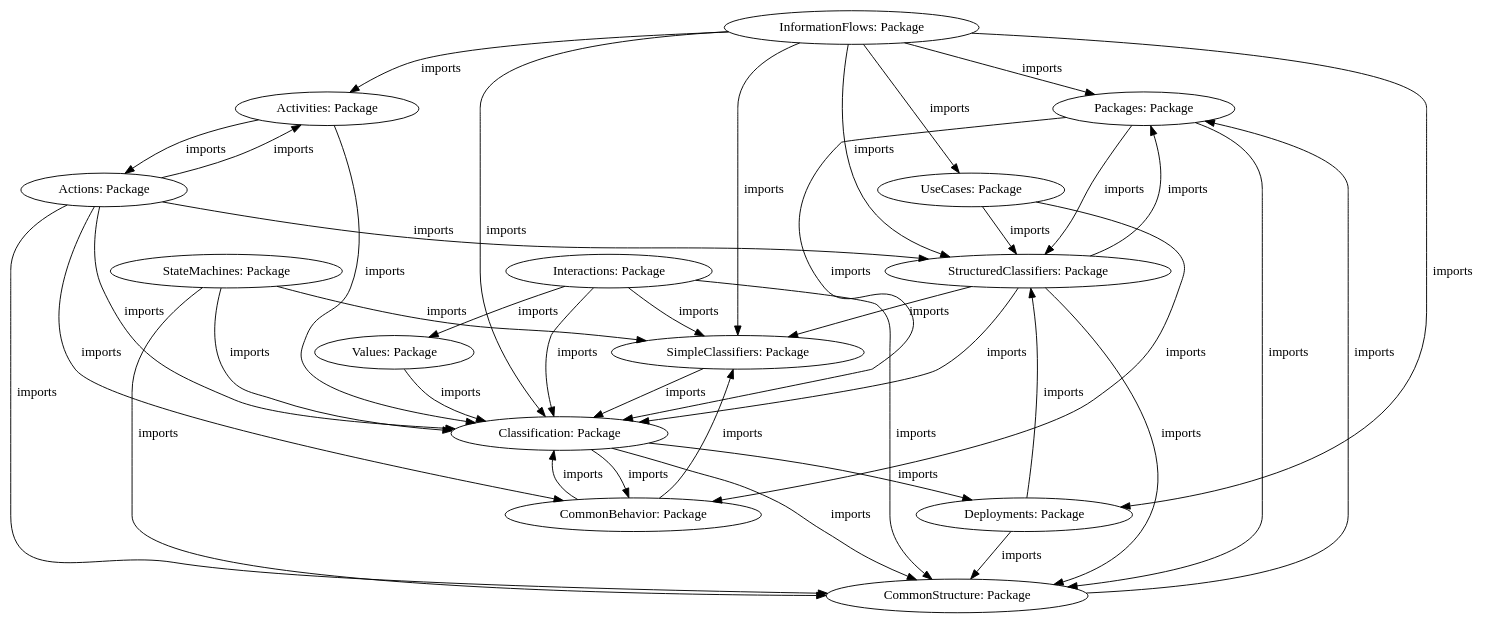
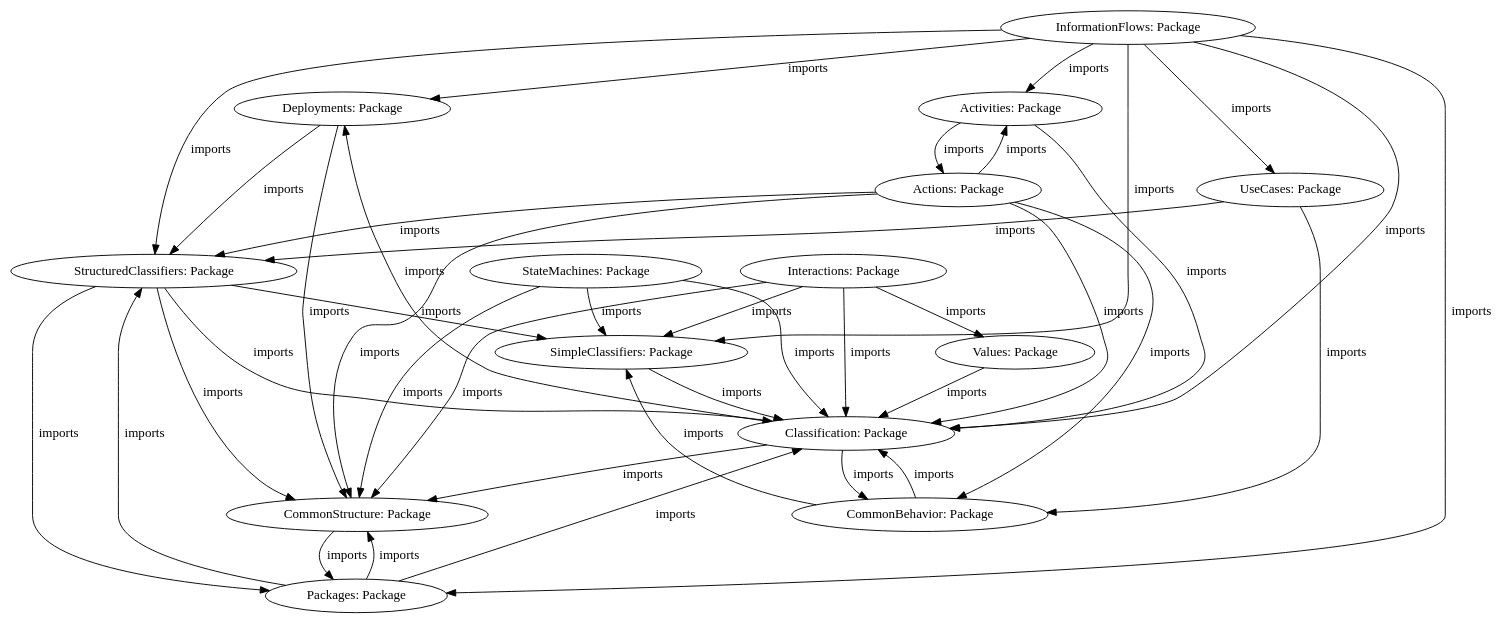
The diagram in research/org.sidiff.uml2.classification/slices/UML.dot (manuelohrndorf/sidiff-lifting), drawn with Graphviz before and after one commit. The commit also changed 36 other files, not shown here.

Commit message:
update uml classification to set lower bound to 0

```diff
--- a/research/org.sidiff.uml2.classification/slices/UML.dot
+++ b/research/org.sidiff.uml2.classification/slices/UML.dot
@@ -1,59 +1,59 @@
 digraph{
 {style = filled
 shape = box
 }
-"ID32a29361" [label= "Packages: Package" style=solid fillcolor = white]
-"ID4708acc6" [label= "CommonBehavior: Package" style=solid fillcolor = white]
-"ID18f1631c" [label= "Interactions: Package" style=solid fillcolor = white]
-"ID308d8de8" [label= "SimpleClassifiers: Package" style=solid fillcolor = white]
-"ID6888746c" [label= "UseCases: Package" style=solid fillcolor = white]
-"ID5a5024eb" [label= "Values: Package" style=solid fillcolor = white]
-"ID79aa675b" [label= "StructuredClassifiers: Package" style=solid fillcolor = white]
-"ID628d6320" [label= "InformationFlows: Package" style=solid fillcolor = white]
-"ID2821da0a" [label= "Activities: Package" style=solid fillcolor = white]
-"ID6c3830ed" [label= "Deployments: Package" style=solid fillcolor = white]
-"IDf461c9c" [label= "StateMachines: Package" style=solid fillcolor = white]
-"ID46e32574" [label= "Classification: Package" style=solid fillcolor = white]
-"ID597f2d3f" [label= "Actions: Package" style=solid fillcolor = white]
-"ID1a345c6c" [label= "CommonStructure: Package" style=solid fillcolor = white]
-ID46e32574 -> ID4708acc6 [label = "imports" style = solid color = black ]
-ID597f2d3f -> ID1a345c6c [label = "imports" style = solid color = black ]
-IDf461c9c -> ID46e32574 [label = "imports" style = solid color = black ]
-ID597f2d3f -> ID79aa675b [label = "imports" style = solid color = black ]
-ID4708acc6 -> ID46e32574 [label = "imports" style = solid color = black ]
-ID1a345c6c -> ID32a29361 [label = "imports" style = solid color = black ]
-ID79aa675b -> ID308d8de8 [label = "imports" style = solid color = black ]
-ID628d6320 -> ID46e32574 [label = "imports" style = solid color = black ]
-ID6c3830ed -> ID1a345c6c [label = "imports" style = solid color = black ]
-ID597f2d3f -> ID2821da0a [label = "imports" style = solid color = black ]
-ID18f1631c -> ID308d8de8 [label = "imports" style = solid color = black ]
-ID32a29361 -> ID1a345c6c [label = "imports" style = solid color = black ]
-ID18f1631c -> ID5a5024eb [label = "imports" style = solid color = black ]
-ID79aa675b -> ID32a29361 [label = "imports" style = solid color = black ]
-IDf461c9c -> ID1a345c6c [label = "imports" style = solid color = black ]
-ID628d6320 -> ID6c3830ed [label = "imports" style = solid color = black ]
-ID32a29361 -> ID46e32574 [label = "imports" style = solid color = black ]
-ID2821da0a -> ID46e32574 [label = "imports" style = solid color = black ]
-ID5a5024eb -> ID46e32574 [label = "imports" style = solid color = black ]
-ID628d6320 -> ID6888746c [label = "imports" style = solid color = black ]
-ID6888746c -> ID4708acc6 [label = "imports" style = solid color = black ]
-ID597f2d3f -> ID46e32574 [label = "imports" style = solid color = black ]
-ID308d8de8 -> ID46e32574 [label = "imports" style = solid color = black ]
-ID18f1631c -> ID46e32574 [label = "imports" style = solid color = black ]
-ID79aa675b -> ID46e32574 [label = "imports" style = solid color = black ]
-ID628d6320 -> ID2821da0a [label = "imports" style = solid color = black ]
-ID628d6320 -> ID308d8de8 [label = "imports" style = solid color = black ]
-ID32a29361 -> ID79aa675b [label = "imports" style = solid color = black ]
-ID79aa675b -> ID1a345c6c [label = "imports" style = solid color = black ]
-ID628d6320 -> ID79aa675b [label = "imports" style = solid color = black ]
-ID18f1631c -> ID1a345c6c [label = "imports" style = solid color = black ]
-IDf461c9c -> ID308d8de8 [label = "imports" style = solid color = black ]
-ID4708acc6 -> ID308d8de8 [label = "imports" style = solid color = black ]
-ID46e32574 -> ID6c3830ed [label = "imports" style = solid color = black ]
-ID6c3830ed -> ID79aa675b [label = "imports" style = solid color = black ]
-ID46e32574 -> ID1a345c6c [label = "imports" style = solid color = black ]
-ID6888746c -> ID79aa675b [label = "imports" style = solid color = black ]
-ID628d6320 -> ID32a29361 [label = "imports" style = solid color = black ]
-ID597f2d3f -> ID4708acc6 [label = "imports" style = solid color = black ]
-ID2821da0a -> ID597f2d3f [label = "imports" style = solid color = black ]
+"ID420c9959" [label= "Deployments: Package" style=solid fillcolor = white]
+"ID32f2de5c" [label= "StructuredClassifiers: Package" style=solid fillcolor = white]
+"ID106387cf" [label= "StateMachines: Package" style=solid fillcolor = white]
+"ID41ad6c00" [label= "Interactions: Package" style=solid fillcolor = white]
+"ID13f10967" [label= "Activities: Package" style=solid fillcolor = white]
+"ID4f5ad6b7" [label= "SimpleClassifiers: Package" style=solid fillcolor = white]
+"IDc50503e" [label= "InformationFlows: Package" style=solid fillcolor = white]
+"ID3bb186b" [label= "Classification: Package" style=solid fillcolor = white]
+"ID4a2bc71f" [label= "CommonStructure: Package" style=solid fillcolor = white]
+"ID7a5a26b7" [label= "Packages: Package" style=solid fillcolor = white]
+"ID1aaa3406" [label= "CommonBehavior: Package" style=solid fillcolor = white]
+"ID5e537465" [label= "Actions: Package" style=solid fillcolor = white]
+"ID18c432ed" [label= "Values: Package" style=solid fillcolor = white]
+"ID2d5b549b" [label= "UseCases: Package" style=solid fillcolor = white]
+ID420c9959 -> ID4a2bc71f [label = "imports" style = solid color = black ]
+ID106387cf -> ID4f5ad6b7 [label = "imports" style = solid color = black ]
+ID4a2bc71f -> ID7a5a26b7 [label = "imports" style = solid color = black ]
+IDc50503e -> ID7a5a26b7 [label = "imports" style = solid color = black ]
+IDc50503e -> ID4f5ad6b7 [label = "imports" style = solid color = black ]
+ID5e537465 -> ID32f2de5c [label = "imports" style = solid color = black ]
+ID7a5a26b7 -> ID32f2de5c [label = "imports" style = solid color = black ]
+ID5e537465 -> ID1aaa3406 [label = "imports" style = solid color = black ]
+ID41ad6c00 -> ID3bb186b [label = "imports" style = solid color = black ]
+IDc50503e -> ID32f2de5c [label = "imports" style = solid color = black ]
+ID18c432ed -> ID3bb186b [label = "imports" style = solid color = black ]
+ID41ad6c00 -> ID4a2bc71f [label = "imports" style = solid color = black ]
+ID3bb186b -> ID1aaa3406 [label = "imports" style = solid color = black ]
+ID41ad6c00 -> ID18c432ed [label = "imports" style = solid color = black ]
+IDc50503e -> ID420c9959 [label = "imports" style = solid color = black ]
+IDc50503e -> ID3bb186b [label = "imports" style = solid color = black ]
+ID5e537465 -> ID4a2bc71f [label = "imports" style = solid color = black ]
+ID1aaa3406 -> ID4f5ad6b7 [label = "imports" style = solid color = black ]
+ID3bb186b -> ID4a2bc71f [label = "imports" style = solid color = black ]
+ID4f5ad6b7 -> ID3bb186b [label = "imports" style = solid color = black ]
+ID13f10967 -> ID3bb186b [label = "imports" style = solid color = black ]
+IDc50503e -> ID13f10967 [label = "imports" style = solid color = black ]
+ID2d5b549b -> ID1aaa3406 [label = "imports" style = solid color = black ]
+ID420c9959 -> ID32f2de5c [label = "imports" style = solid color = black ]
+ID7a5a26b7 -> ID3bb186b [label = "imports" style = solid color = black ]
+ID1aaa3406 -> ID3bb186b [label = "imports" style = solid color = black ]
+IDc50503e -> ID2d5b549b [label = "imports" style = solid color = black ]
+ID41ad6c00 -> ID4f5ad6b7 [label = "imports" style = solid color = black ]
+ID32f2de5c -> ID7a5a26b7 [label = "imports" style = solid color = black ]
+ID32f2de5c -> ID4f5ad6b7 [label = "imports" style = solid color = black ]
+ID32f2de5c -> ID3bb186b [label = "imports" style = solid color = black ]
+ID5e537465 -> ID13f10967 [label = "imports" style = solid color = black ]
+ID32f2de5c -> ID4a2bc71f [label = "imports" style = solid color = black ]
+ID106387cf -> ID3bb186b [label = "imports" style = solid color = black ]
+ID7a5a26b7 -> ID4a2bc71f [label = "imports" style = solid color = black ]
+ID3bb186b -> ID420c9959 [label = "imports" style = solid color = black ]
+ID106387cf -> ID4a2bc71f [label = "imports" style = solid color = black ]
+ID13f10967 -> ID5e537465 [label = "imports" style = solid color = black ]
+ID2d5b549b -> ID32f2de5c [label = "imports" style = solid color = black ]
+ID5e537465 -> ID3bb186b [label = "imports" style = solid color = black ]
 }
```
